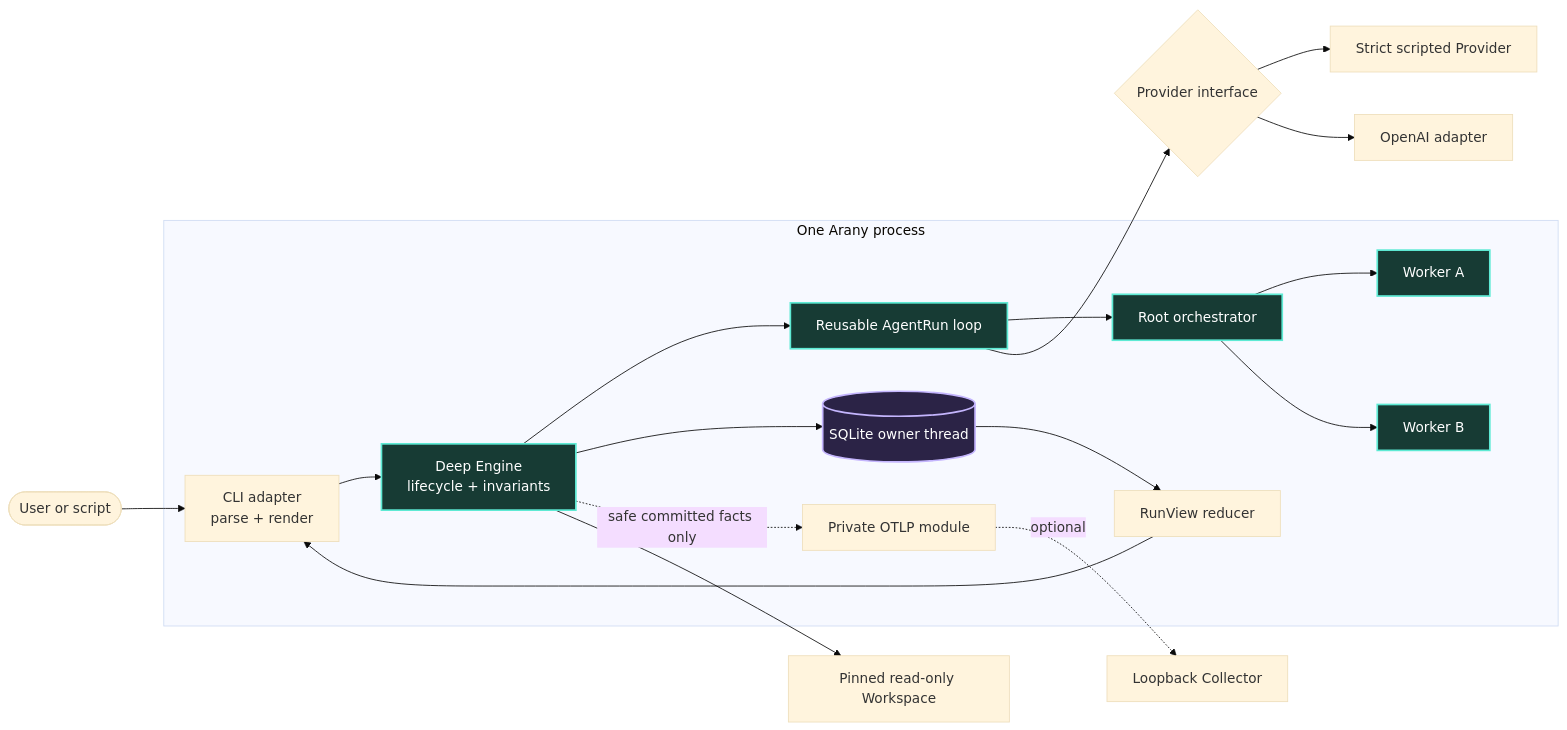
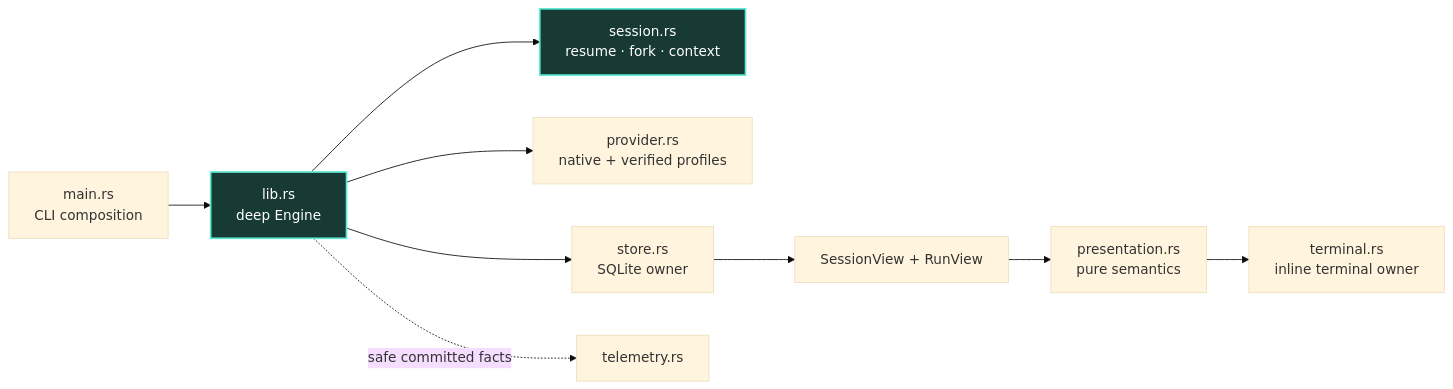
The third of 8 diagrams in docs/architecture/arany-conceptual-overview.md (fpmirabile/arany), drawn with Mermaid (base theme) before and after one commit. The commit also changed other lines of this file and 31 other files, not shown here.

````diff
--- a/docs/architecture/arany-conceptual-overview.md
+++ b/docs/architecture/arany-conceptual-overview.md
@@ -92,27 +94,14 @@
 ```mermaid
 flowchart LR
-    User([User or script]) --> CLI[CLI adapter<br/>parse + render]
-
-    subgraph Process[One Arany process]
-        CLI --> Engine[Deep Engine<br/>lifecycle + invariants]
-        Engine --> Loop[Reusable AgentRun loop]
-        Loop --> Root[Root orchestrator]
-        Root --> WorkerA[Worker A]
-        Root --> WorkerB[Worker B]
-        Engine --> Store[(SQLite owner thread)]
-        Store --> Reducer[RunView reducer]
-        Reducer --> CLI
-        Engine -. safe committed facts only .-> Telemetry[Private OTLP module]
-    end
-
-    Loop --> ProviderPort{Provider interface}
-    ProviderPort --> Fake[Strict scripted Provider]
-    ProviderPort --> OpenAI[OpenAI adapter]
-    Engine --> Workspace[Pinned read-only Workspace]
-    Telemetry -. optional .-> Collector[Loopback Collector]
+    CLI[main.rs<br/>CLI composition] --> Engine[lib.rs<br/>deep Engine]
+    Engine --> Session[session.rs<br/>resume · fork · context]
+    Engine --> Provider[provider.rs<br/>native + verified profiles]
+    Engine --> Store[store.rs<br/>SQLite owner]
+    Store --> Views[SessionView + RunView]
+    Views --> Presentation[presentation.rs<br/>pure semantics]
+    Presentation --> Terminal[terminal.rs<br/>inline terminal owner]
+    Engine -. safe committed facts .-> OTLP[telemetry.rs]
 
     classDef deep fill:#173b34,color:#fff,stroke:#5eead4,stroke-width:2px;
-    classDef canonical fill:#2b2346,color:#fff,stroke:#c4b5fd,stroke-width:2px;
-    class Engine,Loop,Root,WorkerA,WorkerB deep;
-    class Store canonical;
+    class Engine,Session deep;
 ```
````
